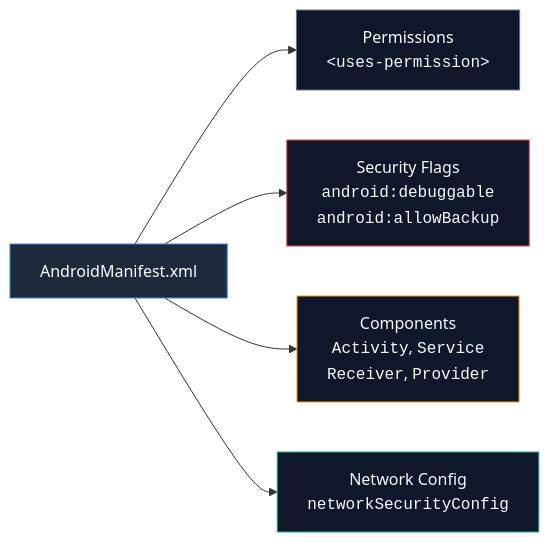
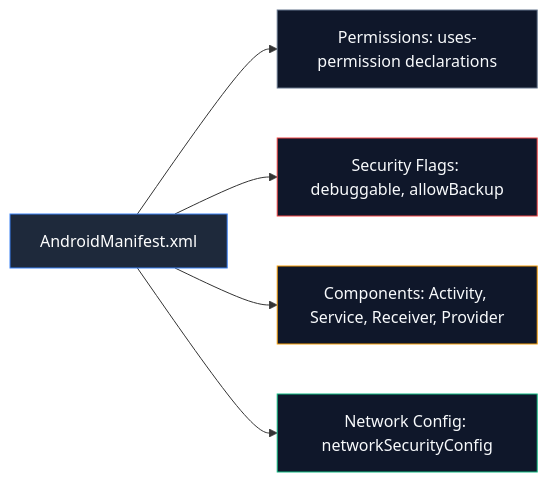
The sixth of 15 diagrams in Android_pentest/Introduction, APK Analysis, JADX & MobSF/Android_pentest_part-1.MD (sivaoffl04/Cyber-Blog), drawn with Mermaid before and after one commit. The commit also changed other lines of this file, not shown here.

Commit message:
Fix Mermaid diagram compatibility for GitHub rendering

````diff
--- a/Android_pentest/Introduction, APK Analysis, JADX & MobSF/Android_pentest_part-1.MD
+++ b/Android_pentest/Introduction, APK Analysis, JADX & MobSF/Android_pentest_part-1.MD
@@ -360,15 +380,15 @@
 ```mermaid
 flowchart LR
     Manifest["AndroidManifest.xml"]
     
-    Manifest --> P["Permissions<br/><code>&lt;uses-permission&gt;</code>"]
-    Manifest --> F["Security Flags<br/><code>android:debuggable</code><br/><code>android:allowBackup</code>"]
-    Manifest --> C["Components<br/><code>Activity</code>, <code>Service</code><br/><code>Receiver</code>, <code>Provider</code>"]
-    Manifest --> N["Network Config<br/><code>networkSecurityConfig</code>"]
+    Manifest --> P["Permissions: uses-permission declarations"]
+    Manifest --> F["Security Flags: debuggable, allowBackup"]
+    Manifest --> C["Components: Activity, Service, Receiver, Provider"]
+    Manifest --> N["Network Config: networkSecurityConfig"]
 
     style Manifest fill:#1e293b,stroke:#3b82f6,color:#fff
     style P fill:#0f172a,stroke:#64748b,color:#f8fafc
     style F fill:#0f172a,stroke:#ef4444,color:#f8fafc
     style C fill:#0f172a,stroke:#f59e0b,color:#f8fafc
     style N fill:#0f172a,stroke:#10b981,color:#f8fafc
 ```
````
